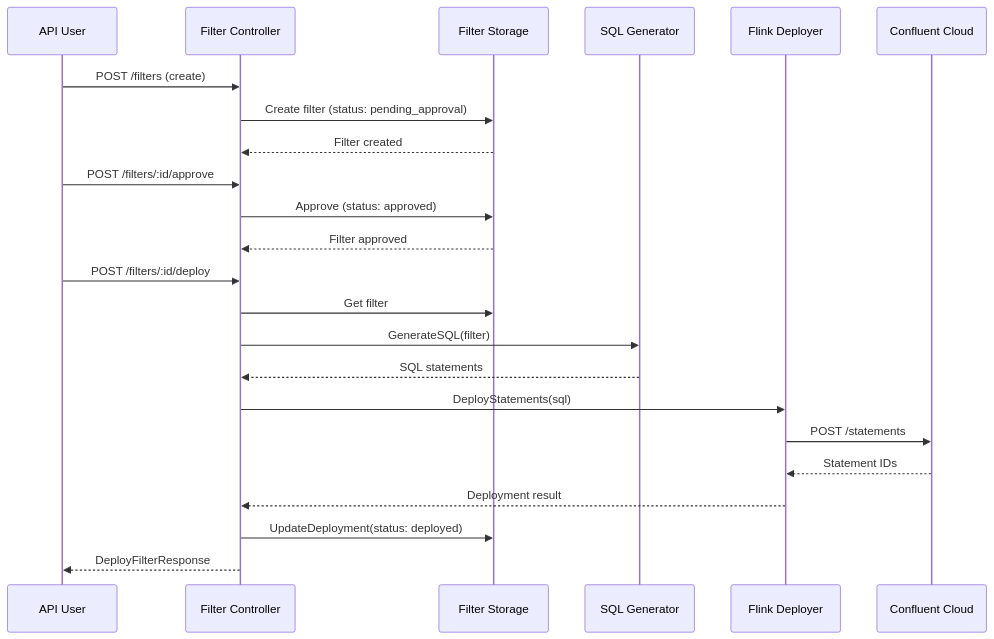
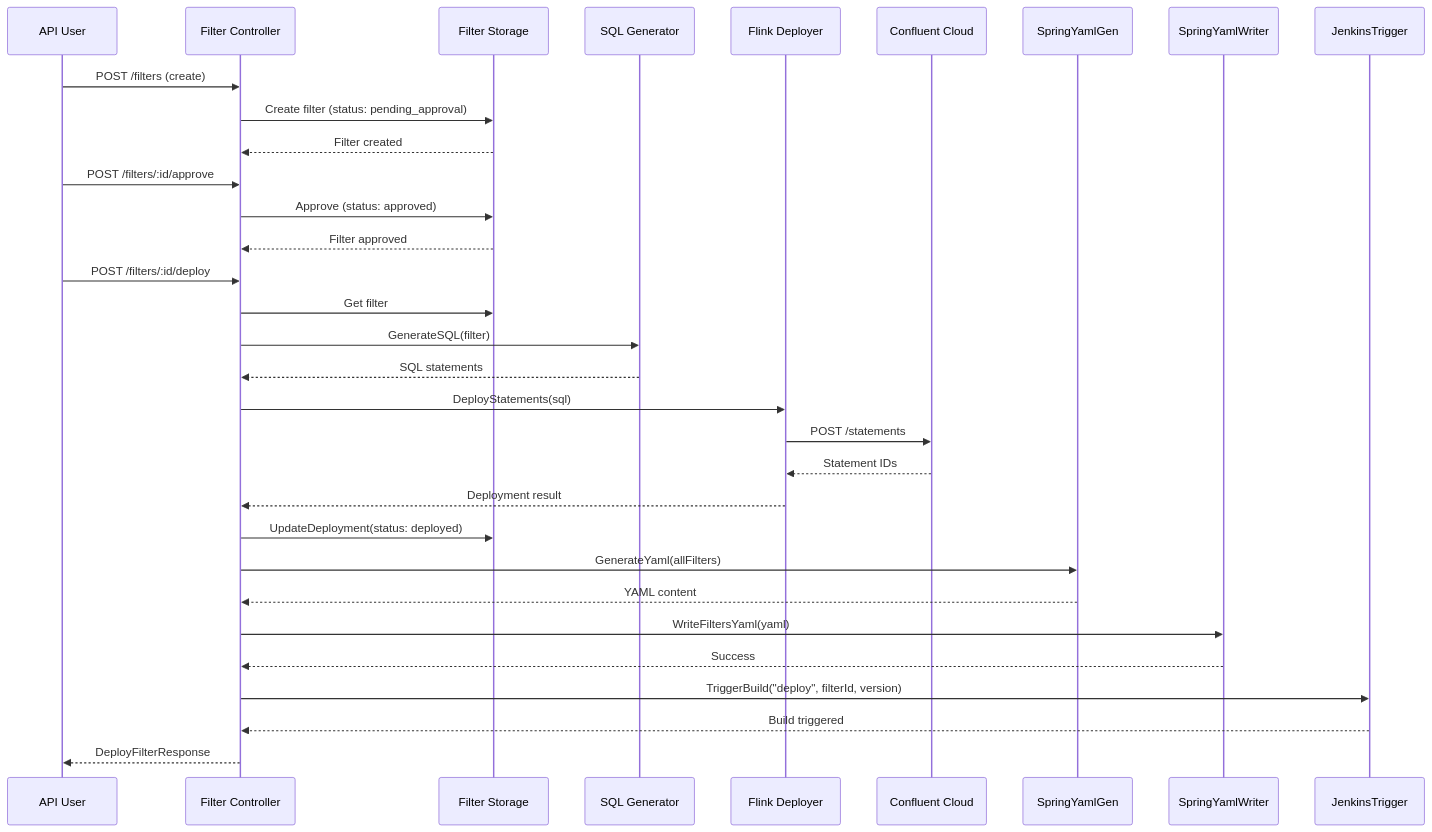
The fifth of 12 diagrams in metadata-service-java/METADATA_SERVICE_DOCUMENTATION.md (RickZee/api-performance-multi-lang), drawn with Mermaid before and after one commit. The commit also changed other lines of this file and 19 other files, not shown here.

````diff
--- a/metadata-service-java/METADATA_SERVICE_DOCUMENTATION.md
+++ b/metadata-service-java/METADATA_SERVICE_DOCUMENTATION.md
@@ -167,30 +183,36 @@
 ```mermaid
 sequenceDiagram
     participant User as API User
     participant API as Filter Controller
     participant Storage as Filter Storage
     participant Gen as SQL Generator
     participant Deploy as Flink Deployer
     participant Confluent as Confluent Cloud
 
     User->>API: POST /filters (create)
     API->>Storage: Create filter (status: pending_approval)
     Storage-->>API: Filter created
 
     User->>API: POST /filters/:id/approve
     API->>Storage: Approve (status: approved)
     Storage-->>API: Filter approved
 
     User->>API: POST /filters/:id/deploy
     API->>Storage: Get filter
     API->>Gen: GenerateSQL(filter)
     Gen-->>API: SQL statements
 
     API->>Deploy: DeployStatements(sql)
     Deploy->>Confluent: POST /statements
     Confluent-->>Deploy: Statement IDs
     Deploy-->>API: Deployment result
 
     API->>Storage: UpdateDeployment(status: deployed)
+    API->>SpringYamlGen: GenerateYaml(allFilters)
+    SpringYamlGen-->>API: YAML content
+    API->>SpringYamlWriter: WriteFiltersYaml(yaml)
+    SpringYamlWriter-->>API: Success
+    API->>JenkinsTrigger: TriggerBuild("deploy", filterId, version)
+    JenkinsTrigger-->>API: Build triggered
     API-->>User: DeployFilterResponse
 ```
````
